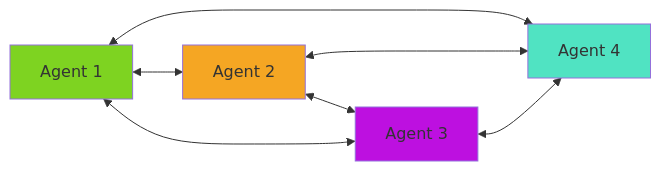
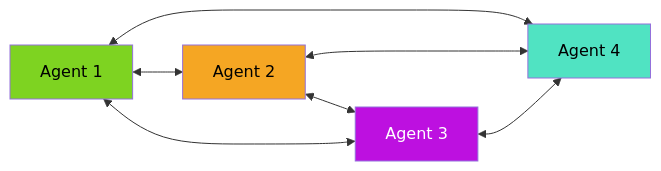
Before and after one commit to EideticPleroma/tutorials: the third of 5 diagrams in lesson-2-multi-agent/tutorial-2/architecture/hierarchical-vs-peer.md, drawn with Mermaid. The commit also changed other lines of this file and 7 other files, not shown here.

First line of the commit message:
docs: implement color contrast standards across all diagrams

````diff
--- a/lesson-2-multi-agent/tutorial-2/architecture/hierarchical-vs-peer.md
+++ b/lesson-2-multi-agent/tutorial-2/architecture/hierarchical-vs-peer.md
@@ -68,14 +68,14 @@
 ```mermaid
 graph LR
     A1[Agent 1] <--> A2[Agent 2]
     A2 <--> A3[Agent 3]
     A3 <--> A1
     A1 <--> A4[Agent 4]
     A2 <--> A4
     A3 <--> A4
     
-    style A1 fill:#7ED321
-    style A2 fill:#F5A623
-    style A3 fill:#BD10E0
-    style A4 fill:#50E3C2
+    style A1 fill:#7ED321,color:#000000
+    style A2 fill:#F5A623,color:#000000
+    style A3 fill:#BD10E0,color:#FFFFFF
+    style A4 fill:#50E3C2,color:#000000
 ```
````
